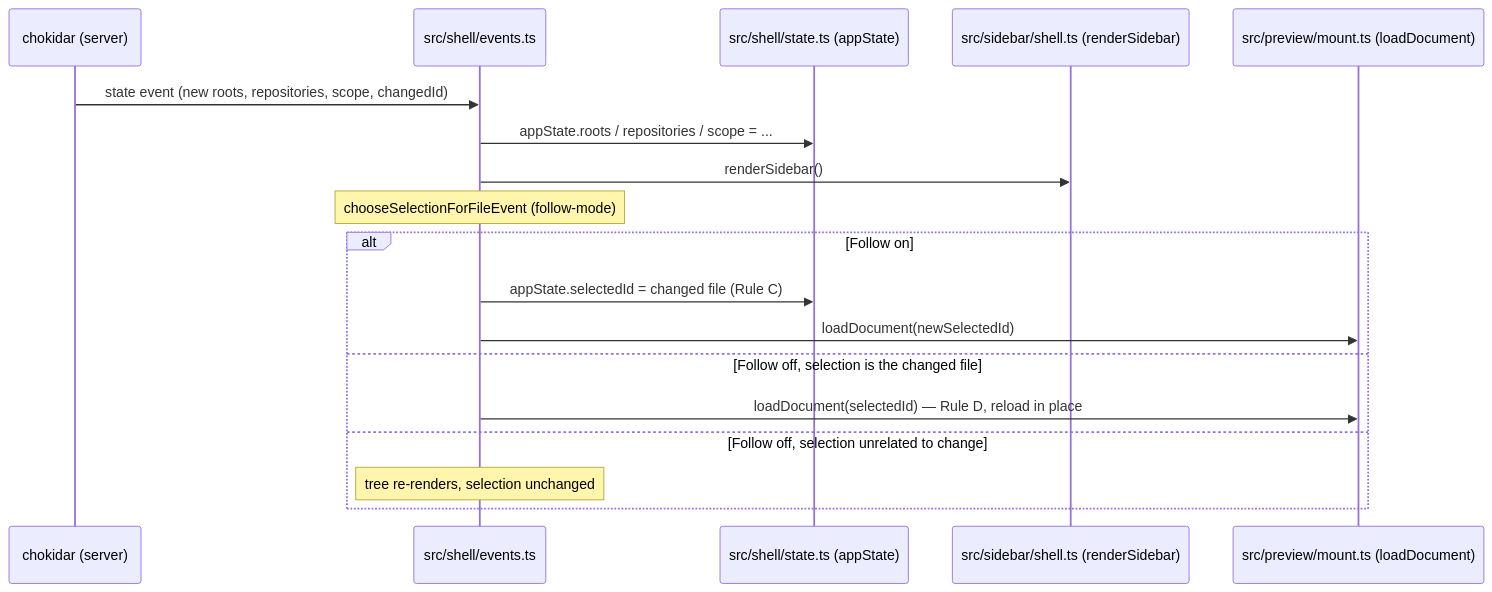
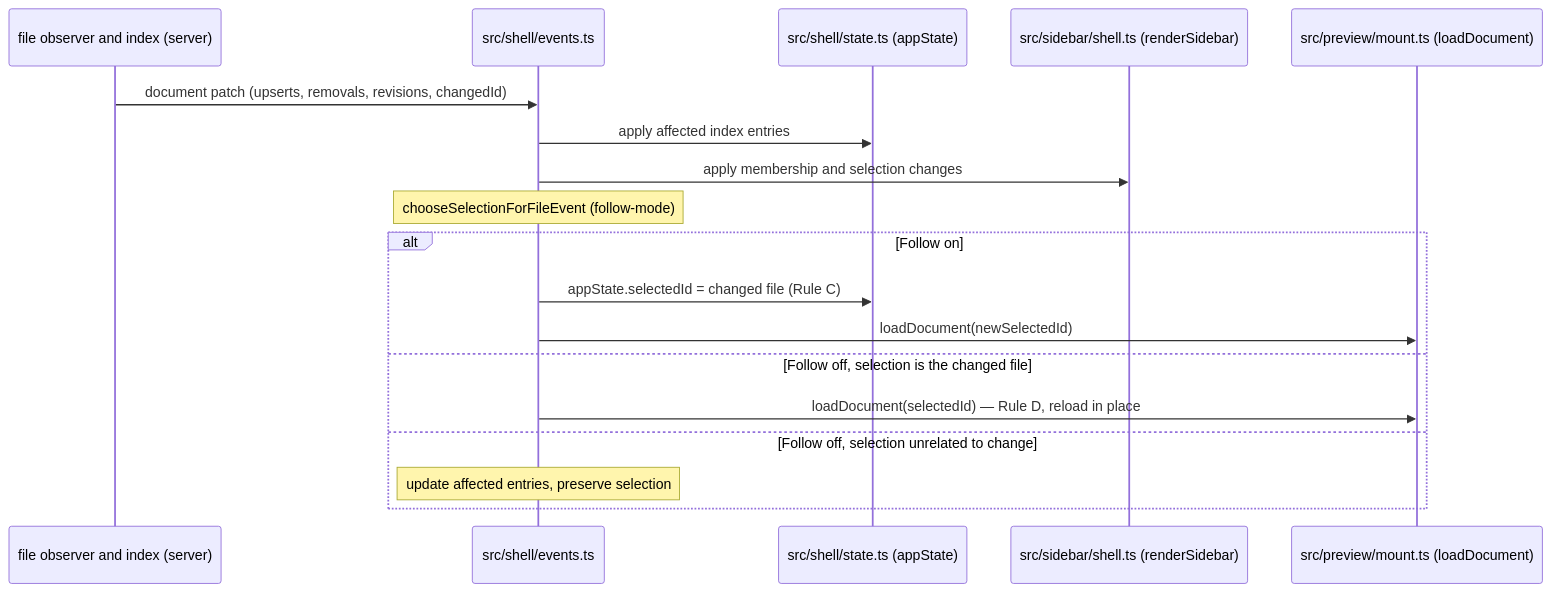
The fourth of 5 diagrams in ARCHITECTURE.md (addiberra/uatu), drawn with Mermaid before and after one commit. The commit also changed other lines of this file and 95 other files, not shown here.

````diff
--- a/ARCHITECTURE.md
+++ b/ARCHITECTURE.md
@@ -517,21 +580,21 @@
 ```mermaid
 sequenceDiagram
-  participant Watcher as chokidar (server)
+  participant Watcher as file observer and index (server)
   participant SSE as src/shell/events.ts
   participant State as src/shell/state.ts (appState)
   participant Sidebar as src/sidebar/shell.ts (renderSidebar)
   participant Preview as src/preview/mount.ts (loadDocument)
 
-  Watcher->>SSE: state event (new roots, repositories, scope, changedId)
-  SSE->>State: appState.roots / repositories / scope = ...
-  SSE->>Sidebar: renderSidebar()
+  Watcher->>SSE: document patch (upserts, removals, revisions, changedId)
+  SSE->>State: apply affected index entries
+  SSE->>Sidebar: apply membership and selection changes
   Note over SSE: chooseSelectionForFileEvent (follow-mode)
   alt Follow on
     SSE->>State: appState.selectedId = changed file (Rule C)
     SSE->>Preview: loadDocument(newSelectedId)
   else Follow off, selection is the changed file
     SSE->>Preview: loadDocument(selectedId) — Rule D, reload in place
   else Follow off, selection unrelated to change
-    Note over SSE: tree re-renders, selection unchanged
+    Note over SSE: update affected entries, preserve selection
   end
 ```
````
